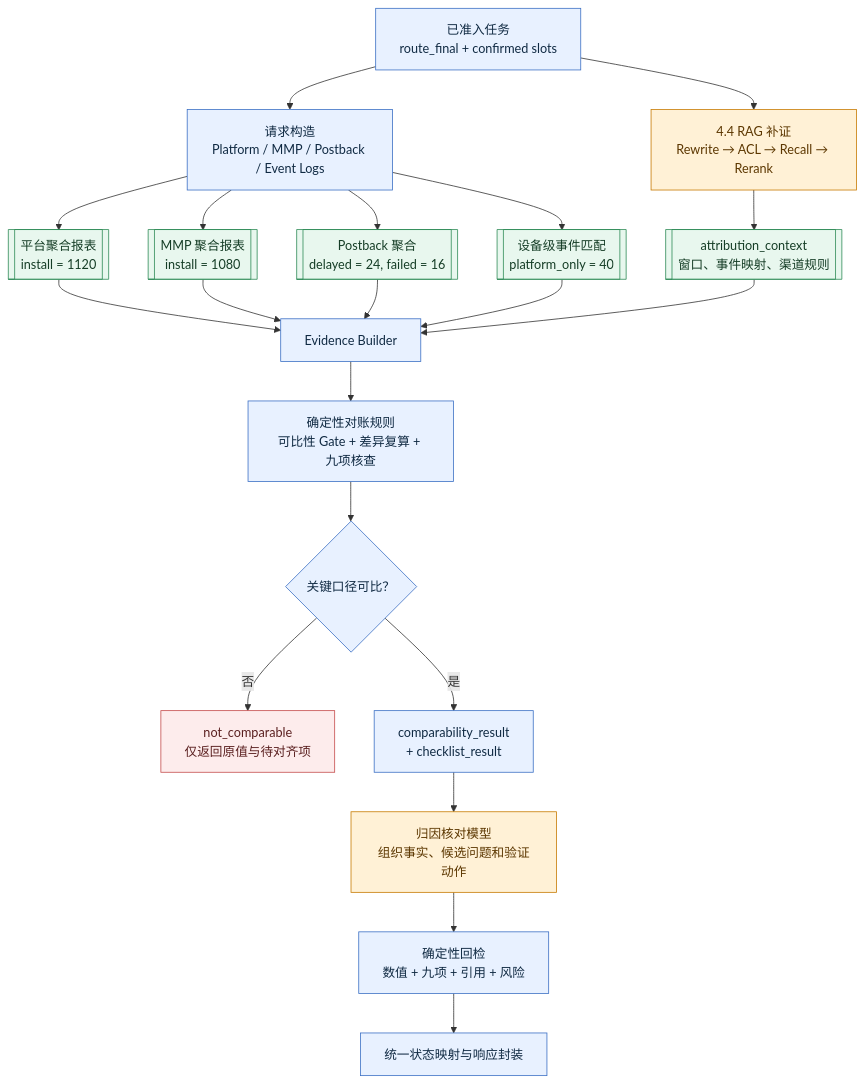
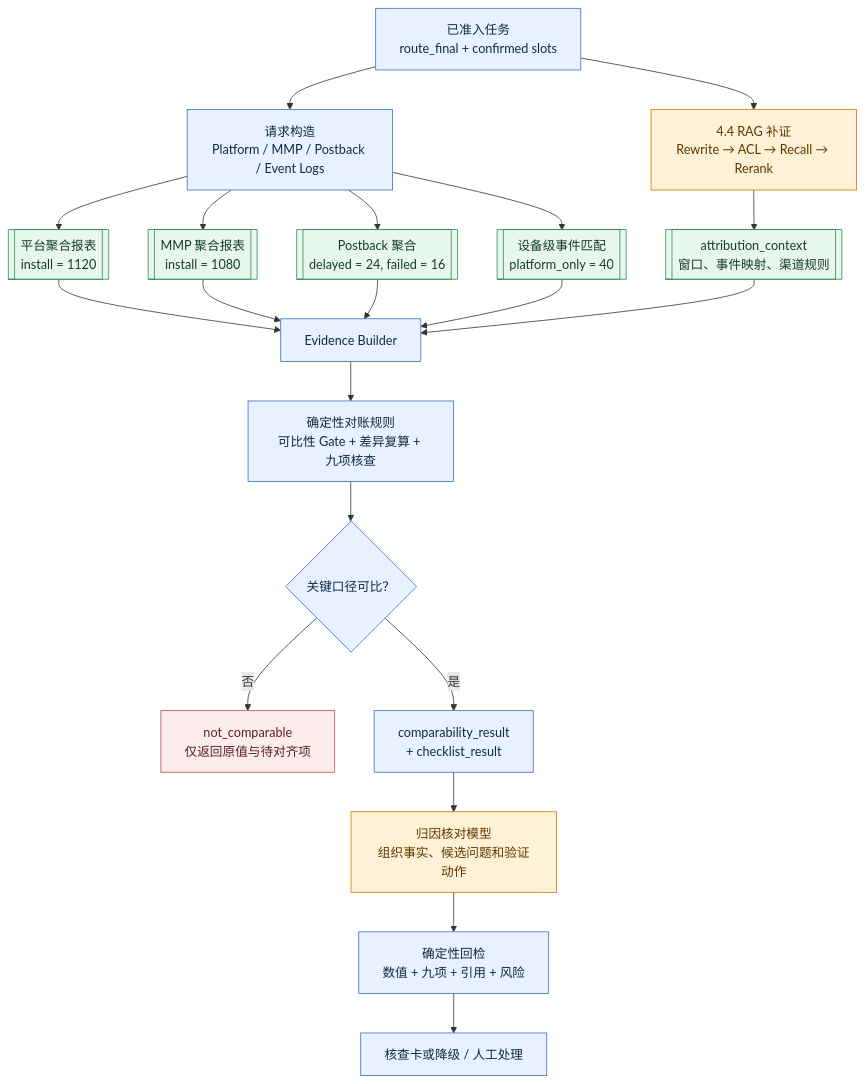
The third of 6 diagrams in 03_prd/adops_attribution_layered_prd_v5/03-implementation.md (linkaka970105/ai-pm-adops-copilot), drawn with Mermaid before and after one commit. The commit also changed other lines of this file and 3 other files, not shown here.

````diff
--- a/03_prd/adops_attribution_layered_prd_v5/03-implementation.md
+++ b/03_prd/adops_attribution_layered_prd_v5/03-implementation.md
@@ -869,31 +868,31 @@
 ```mermaid
 flowchart TD
   A["已准入任务<br/>route_final + confirmed slots"] --> B["请求构造<br/>Platform / MMP / Postback / Event Logs"]
   B --> C1[["平台聚合报表<br/>install = 1120"]]
   B --> C2[["MMP 聚合报表<br/>install = 1080"]]
   B --> C3[["Postback 聚合<br/>delayed = 24, failed = 16"]]
   B --> C4[["设备级事件匹配<br/>platform_only = 40"]]
   A --> D["4.4 RAG 补证<br/>Rewrite → ACL → Recall → Rerank"]
   D --> D1[["attribution_context<br/>窗口、事件映射、渠道规则"]]
   C1 --> E["Evidence Builder"]
   C2 --> E
   C3 --> E
   C4 --> E
   D1 --> E
   E --> F["确定性对账规则<br/>可比性 Gate + 差异复算 + 九项核查"]
   F --> G{"关键口径可比？"}
   G -->|否| G1["not_comparable<br/>仅返回原值与待对齐项"]
   G -->|是| H["comparability_result<br/>+ checklist_result"]
   H --> I["归因核对模型<br/>组织事实、候选问题和验证动作"]
   I --> J["确定性回检<br/>数值 + 九项 + 引用 + 风险"]
-  J --> K["统一状态映射与响应封装"]
+  J --> K["核查卡或降级 / 人工处理"]
 
   classDef deterministic fill:#E8F1FF,stroke:#3B6FC4,color:#102A43;
   classDef model fill:#FFF1D6,stroke:#C77A00,color:#5C3700;
   classDef data fill:#E8F7EE,stroke:#2E8B57,color:#153D26;
   classDef stop fill:#FDECEC,stroke:#C44B4B,color:#5A1F1F;
   class A,B,E,F,G,H,J,K deterministic;
   class D,I model;
   class C1,C2,C3,C4,D1 data;
   class G1 stop;
 ```
````
